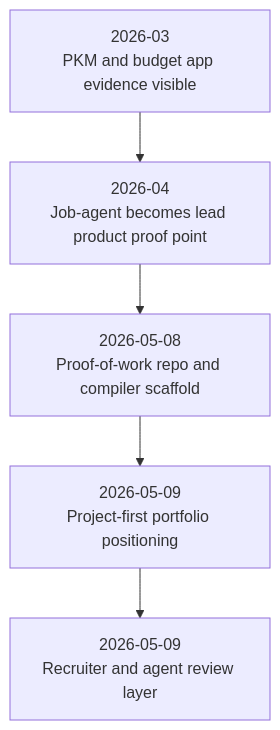
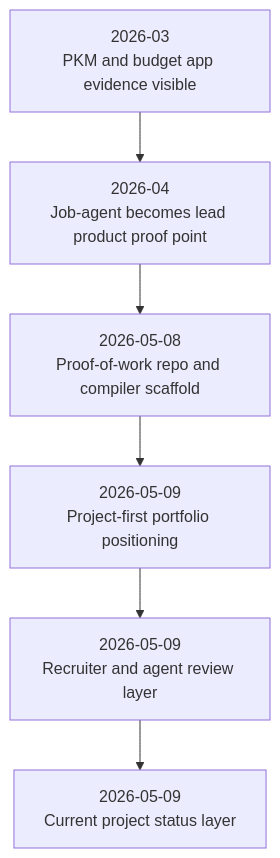
Before and after one commit to marcus-uden-dev/ai-native-proof-of-work: the diagram in PROJECT_TIMELINE.md, drawn with Mermaid. The commit also changed other lines of this file and 12 other files, not shown here.

Commit message:
Update project status summaries

````diff
--- a/PROJECT_TIMELINE.md
+++ b/PROJECT_TIMELINE.md
@@ -14,10 +14,11 @@
 ```mermaid
 flowchart TD
     M1["2026-03<br/>PKM and budget app evidence visible"]
     M2["2026-04<br/>Job-agent becomes lead product proof point"]
     M3["2026-05-08<br/>Proof-of-work repo and compiler scaffold"]
     M4["2026-05-09<br/>Project-first portfolio positioning"]
     M5["2026-05-09<br/>Recruiter and agent review layer"]
+    M6["2026-05-09<br/>Current project status layer"]
 
-    M1 --> M2 --> M3 --> M4 --> M5
+    M1 --> M2 --> M3 --> M4 --> M5 --> M6
 ```
````
